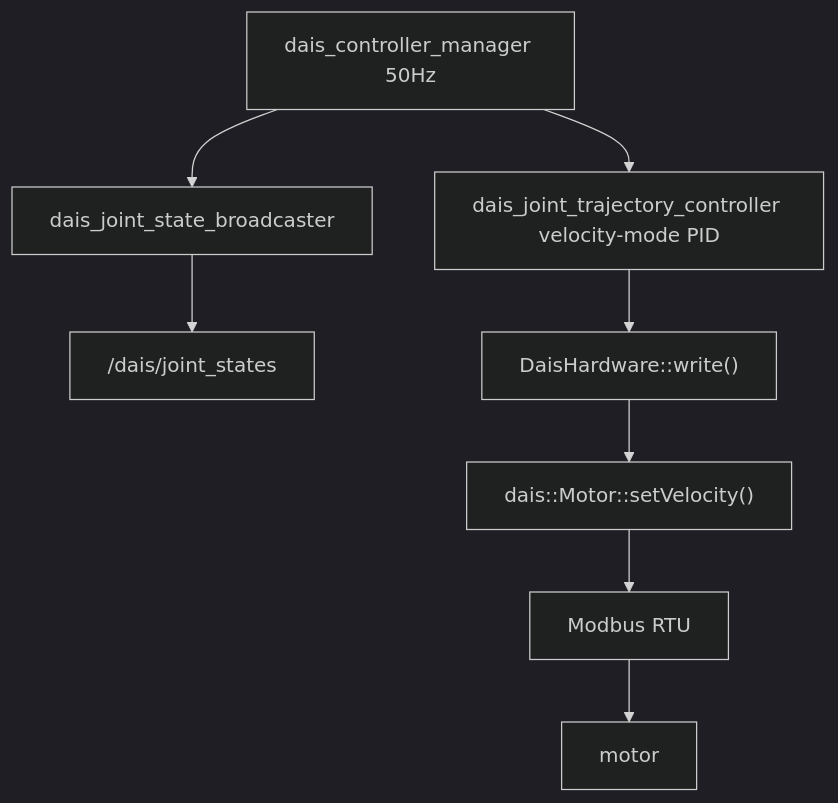
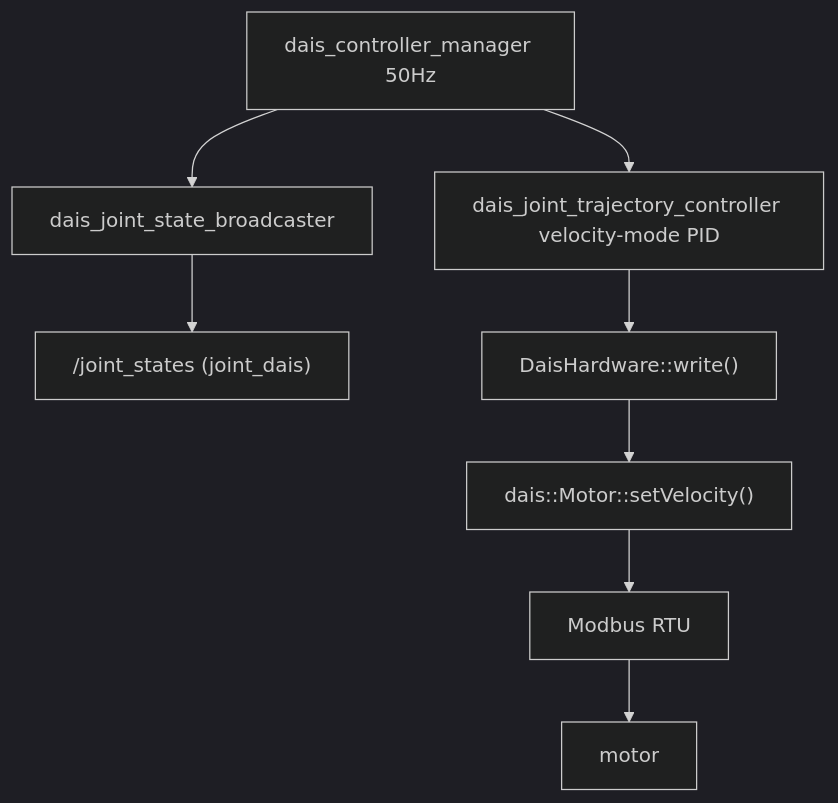
Before and after one commit to sunyuming53-byte/the_first_box: the fourth of 6 diagrams in docs/ARCHITECTURE.md, drawn with Mermaid (dark theme). The commit also changed other lines of this file and 21 other files, not shown here.

````diff
--- a/docs/ARCHITECTURE.md
+++ b/docs/ARCHITECTURE.md
@@ -256,11 +256,11 @@
 ```mermaid
 graph TD
     cm["dais_controller_manager 50Hz"]
     cm --> jsb["dais_joint_state_broadcaster"]
-    jsb --> topic["/dais/joint_states"]
+    jsb --> topic["/joint_states (joint_dais)"]
     cm --> jtc["dais_joint_trajectory_controller velocity-mode PID"]
     jtc --> hw["DaisHardware::write()"]
     hw --> motor["dais::Motor::setVelocity()"]
     motor --> modbus["Modbus RTU"]
     modbus --> hw_motor["motor"]
 ```
````
